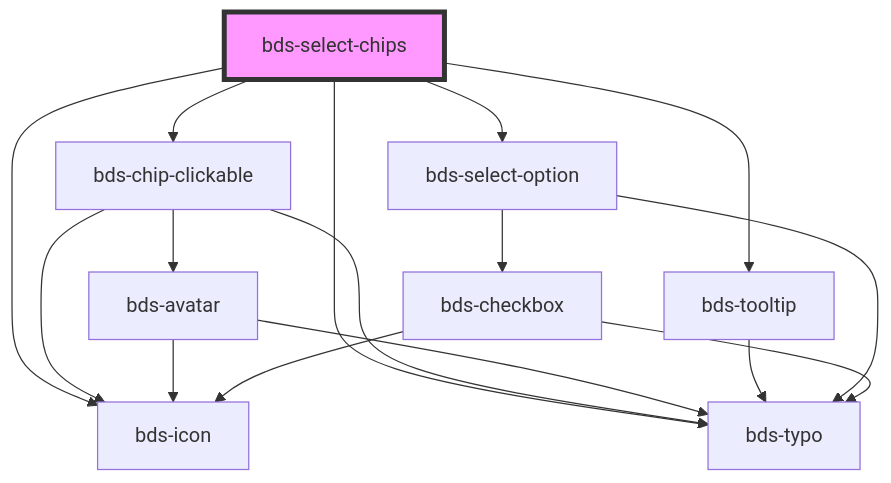
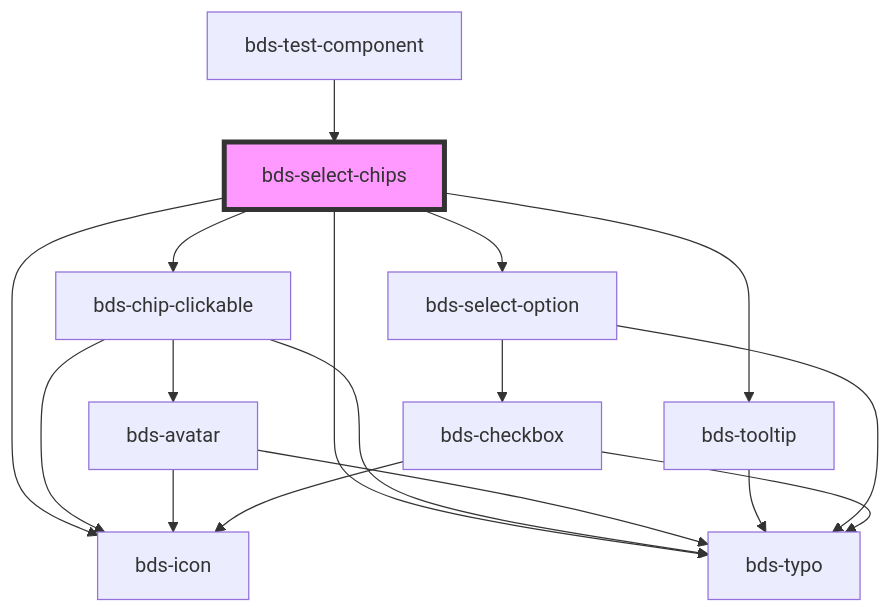
Before and after one commit to takenet/blip-ds: the diagram in src/components/selects/select-chips/readme.md, drawn with Mermaid. The commit also changed other lines of this file and 6 other files, not shown here.

Commit message:
fix(select-chips): fixing select-events

````diff
--- a/src/components/selects/select-chips/readme.md
+++ b/src/components/selects/select-chips/readme.md
@@ -131,19 +135,20 @@
 ```mermaid
 graph TD;
   bds-select-chips --> bds-chip-clickable
   bds-select-chips --> bds-tooltip
   bds-select-chips --> bds-icon
   bds-select-chips --> bds-typo
   bds-select-chips --> bds-select-option
   bds-chip-clickable --> bds-icon
   bds-chip-clickable --> bds-avatar
   bds-chip-clickable --> bds-typo
   bds-avatar --> bds-typo
   bds-avatar --> bds-icon
   bds-tooltip --> bds-typo
   bds-select-option --> bds-typo
   bds-select-option --> bds-checkbox
   bds-checkbox --> bds-icon
   bds-checkbox --> bds-typo
+  bds-test-component --> bds-select-chips
   style bds-select-chips fill:#f9f,stroke:#333,stroke-width:4px
 ```
````
